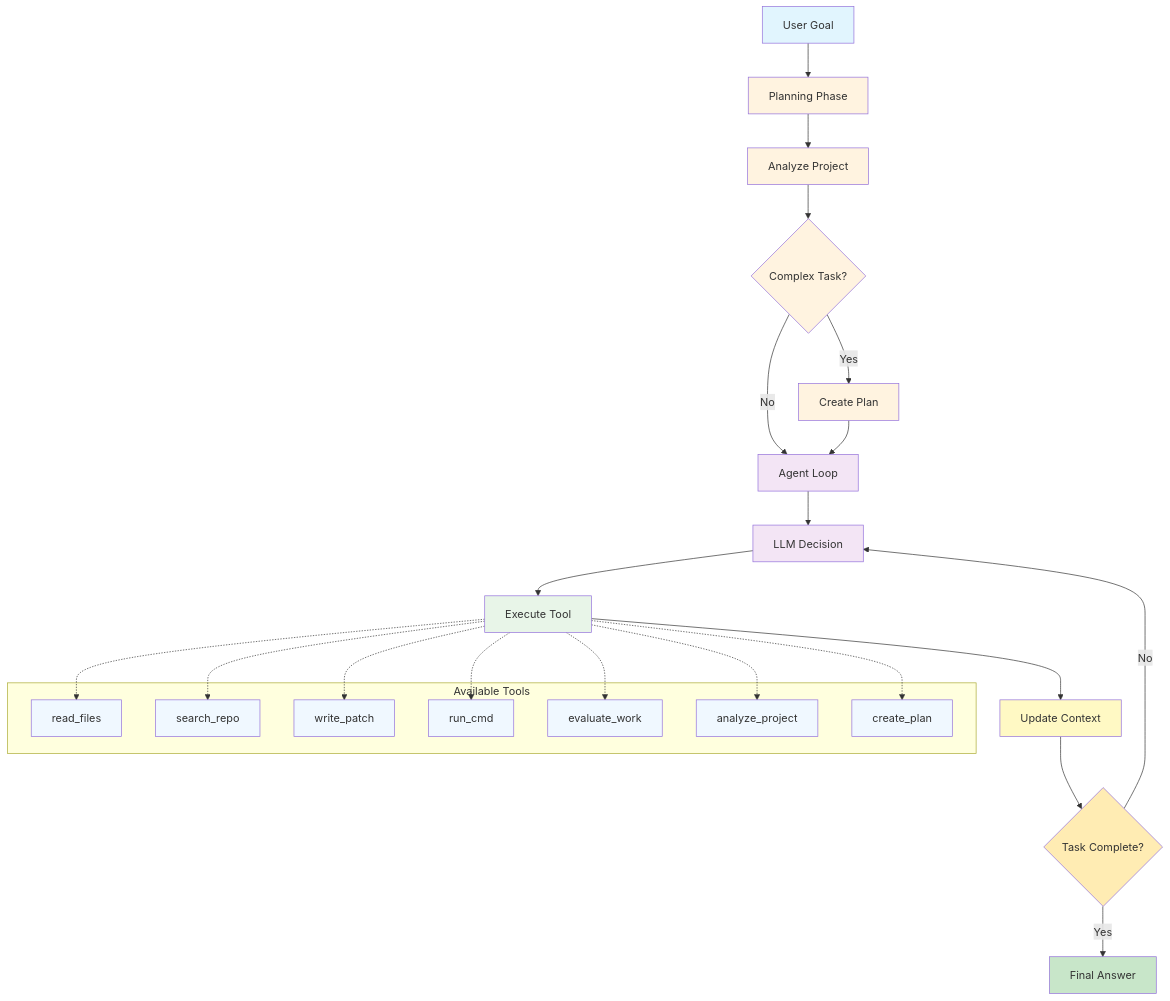
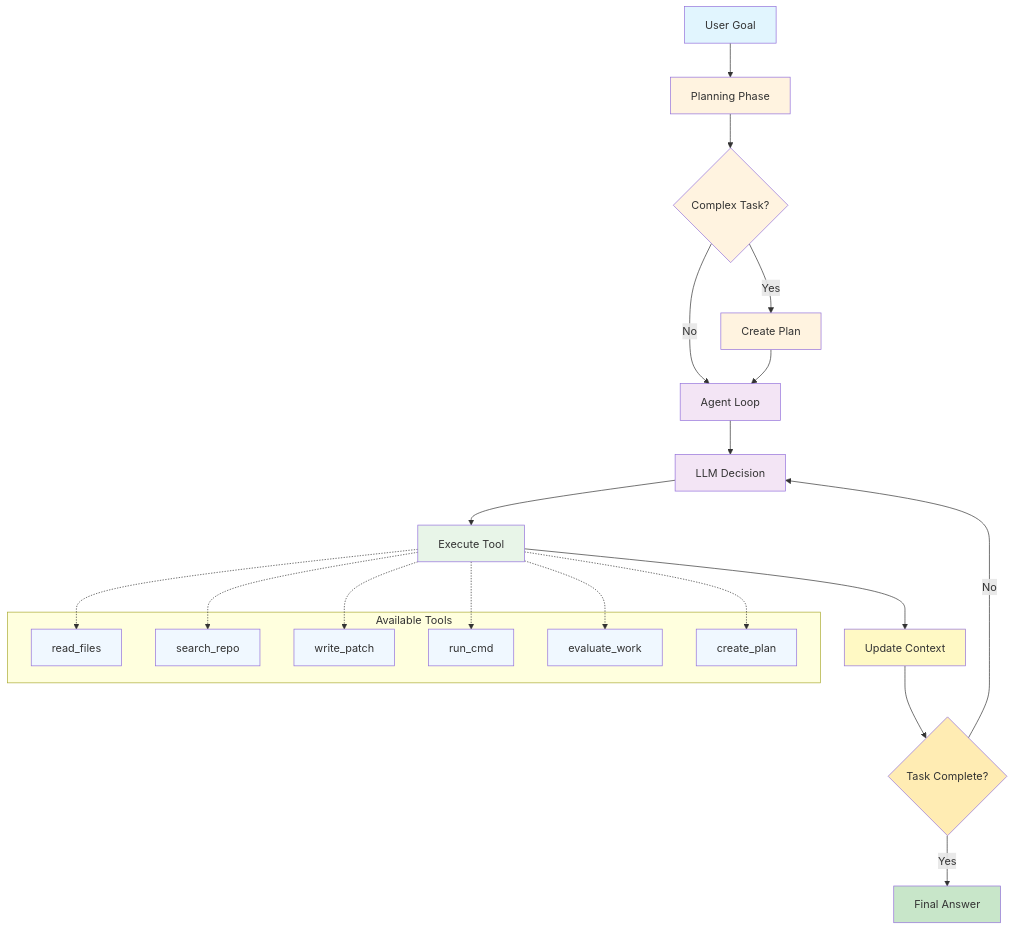
The first of 2 diagrams in readme.md (devhelpr/form-agent), drawn with Mermaid before and after one commit. The commit also changed other lines of this file and 7 other files, not shown here.

First line of the commit message:
Refactor project analysis handling and remove analyze_project action

````diff
--- a/readme.md
+++ b/readme.md
@@ -45,52 +44,47 @@
 ```mermaid
 flowchart TD
     A[User Goal] --> B[Planning Phase]
-    B --> B1[Analyze Project]
-    B1 --> B2{Complex Task?}
-    B2 -->|Yes| B3[Create Plan]
-    B2 -->|No| C
-    B3 --> C[Agent Loop]
+    B --> B1{Complex Task?}
+    B1 -->|Yes| B2[Create Plan]
+    B1 -->|No| C
+    B2 --> C[Agent Loop]
     C --> D[LLM Decision]
     D --> E[Execute Tool]
     E --> F[Update Context]
     F --> G{Task Complete?}
     G -->|No| D
     G -->|Yes| H[Final Answer]
     
     subgraph "Available Tools"
         I[read_files]
         J[search_repo]
         K[write_patch]
         L[run_cmd]
         M[evaluate_work]
-        N[analyze_project]
-        O[create_plan]
+        N[create_plan]
     end
     
     E -.-> I
     E -.-> J
     E -.-> K
     E -.-> L
     E -.-> M
     E -.-> N
-    E -.-> O
     
     style A fill:#e1f5fe
     style B fill:#fff3e0
     style B1 fill:#fff3e0
     style B2 fill:#fff3e0
-    style B3 fill:#fff3e0
     style C fill:#f3e5f5
     style D fill:#f3e5f5
     style E fill:#e8f5e8
     style F fill:#fff9c4
     style G fill:#ffecb3
     style H fill:#c8e6c9
     style I fill:#f0f8ff
     style J fill:#f0f8ff
     style K fill:#f0f8ff
     style L fill:#f0f8ff
     style M fill:#f0f8ff
     style N fill:#f0f8ff
-    style O fill:#f0f8ff
 ```
````
